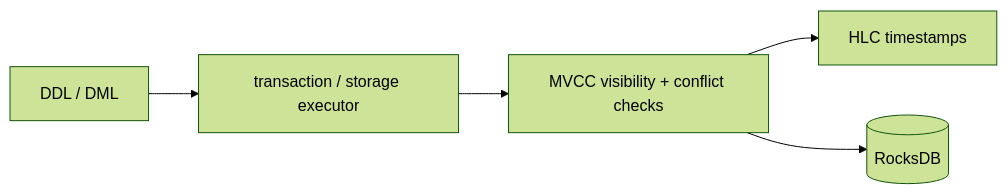
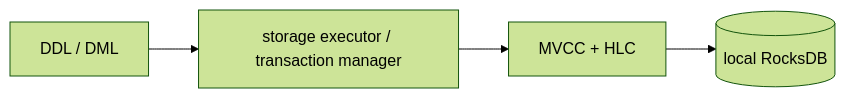
The second of 2 diagrams in docs/ARCHITECTURE.md (SaridakisStamatisChristos/Neuralbase), drawn with Mermaid (forest theme) before and after one commit. The commit also changed other lines of this file and 15 other files, not shown here.

````diff
--- a/docs/ARCHITECTURE.md
+++ b/docs/ARCHITECTURE.md
@@ -62,7 +47,6 @@
 ```mermaid
 flowchart LR
-    SQL[DDL / DML] --> Tx[transaction / storage executor]
-    Tx --> MVCC[MVCC visibility + conflict checks]
-    MVCC --> HLC[HLC timestamps]
-    MVCC --> DB[(RocksDB)]
+    SQL[DDL / DML] --> Tx[storage executor / transaction manager]
+    Tx --> MVCC[MVCC + HLC]
+    MVCC --> DB[(local RocksDB)]
 ```
````
